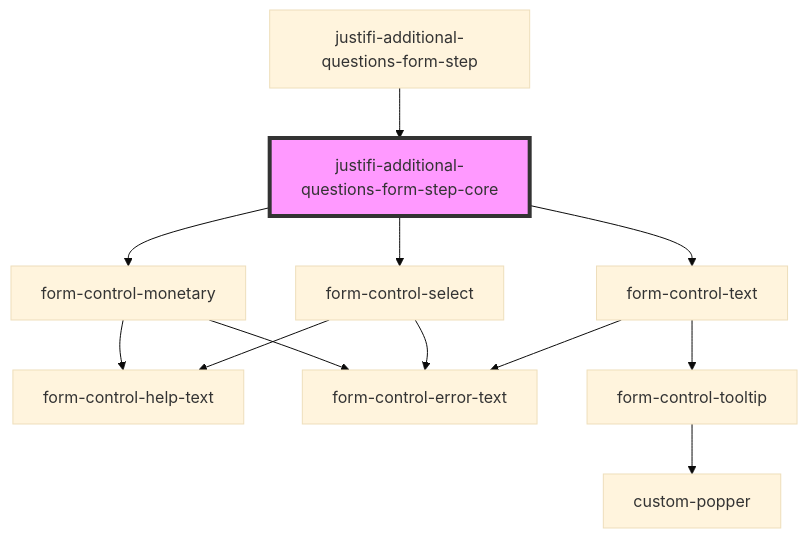
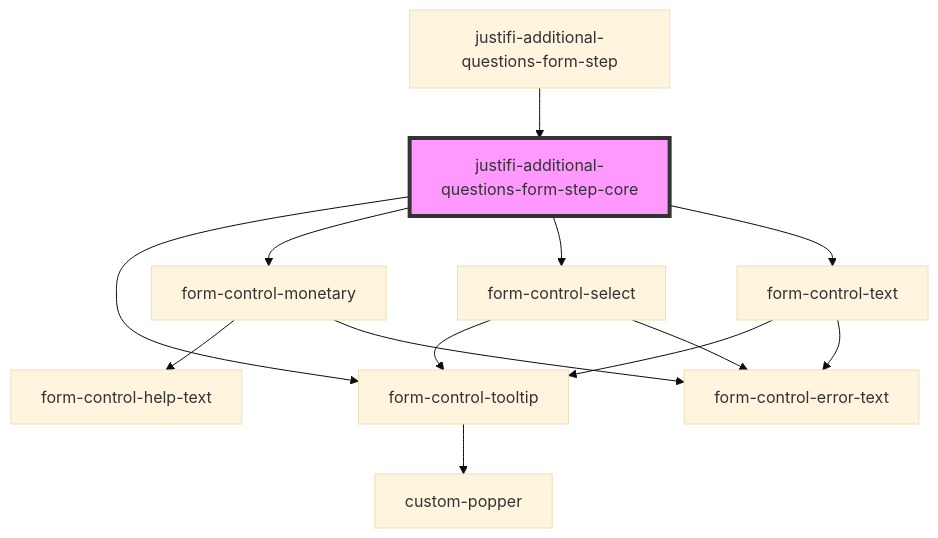
One commit to justifi-tech/web-component-library changed the diagram in packages/webcomponents/src/components/business-forms/payment-provisioning/additional-questions/readme.md. Above: the diagram before and after it, drawn with Mermaid (base theme). The commit also changed other lines of this file and 15 other files, not shown here.

Commit message:
Remove semi-colon from tooltip text, update readme files

````diff
--- a/packages/webcomponents/src/components/business-forms/payment-provisioning/additional-questions/readme.md
+++ b/packages/webcomponents/src/components/business-forms/payment-provisioning/additional-questions/readme.md
@@ -58,15 +59,16 @@
 ```mermaid
 graph TD;
+  justifi-additional-questions-form-step-core --> form-control-tooltip
   justifi-additional-questions-form-step-core --> form-control-monetary
   justifi-additional-questions-form-step-core --> form-control-select
   justifi-additional-questions-form-step-core --> form-control-text
+  form-control-tooltip --> custom-popper
   form-control-monetary --> form-control-help-text
   form-control-monetary --> form-control-error-text
-  form-control-select --> form-control-help-text
+  form-control-select --> form-control-tooltip
   form-control-select --> form-control-error-text
   form-control-text --> form-control-tooltip
   form-control-text --> form-control-error-text
-  form-control-tooltip --> custom-popper
   justifi-additional-questions-form-step --> justifi-additional-questions-form-step-core
   style justifi-additional-questions-form-step-core fill:#f9f,stroke:#333,stroke-width:4px
 ```
````
